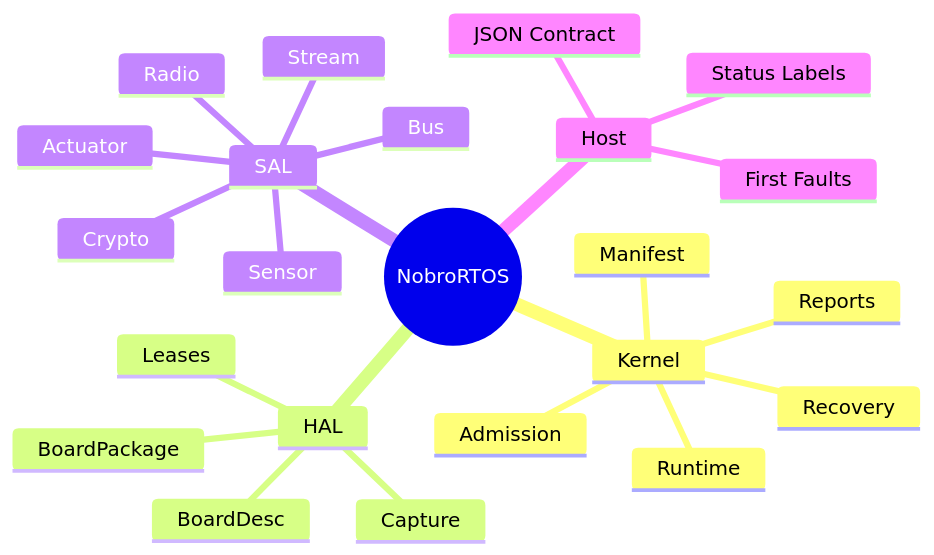
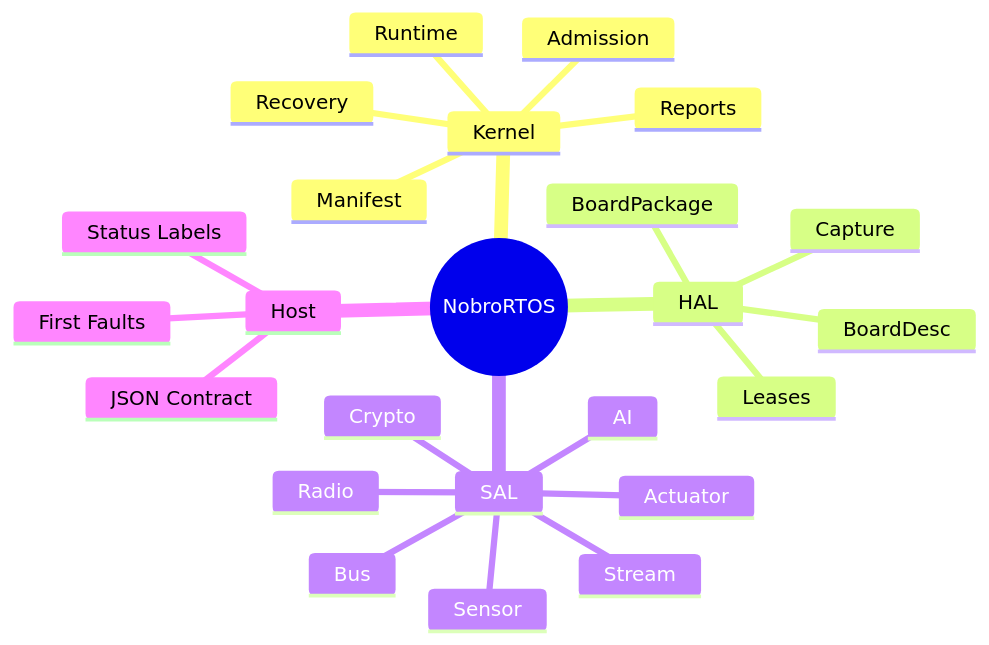
The third of 3 diagrams in README.md (dunknowcoding/NobroRTOS), drawn with Mermaid before and after one commit. The commit also changed other lines of this file and 14 other files, not shown here.

````diff
--- a/README.md
+++ b/README.md
@@ -114,26 +117,27 @@
 ```mermaid
 mindmap
   root((NobroRTOS))
     Kernel
       Manifest
       Admission
       Runtime
       Recovery
       Reports
     HAL
       BoardDesc
       BoardPackage
       Leases
       Capture
     SAL
       Bus
       Stream
       Radio
       Actuator
       Sensor
       Crypto
+      AI
     Host
       JSON Contract
       Status Labels
       First Faults
 ```
````
